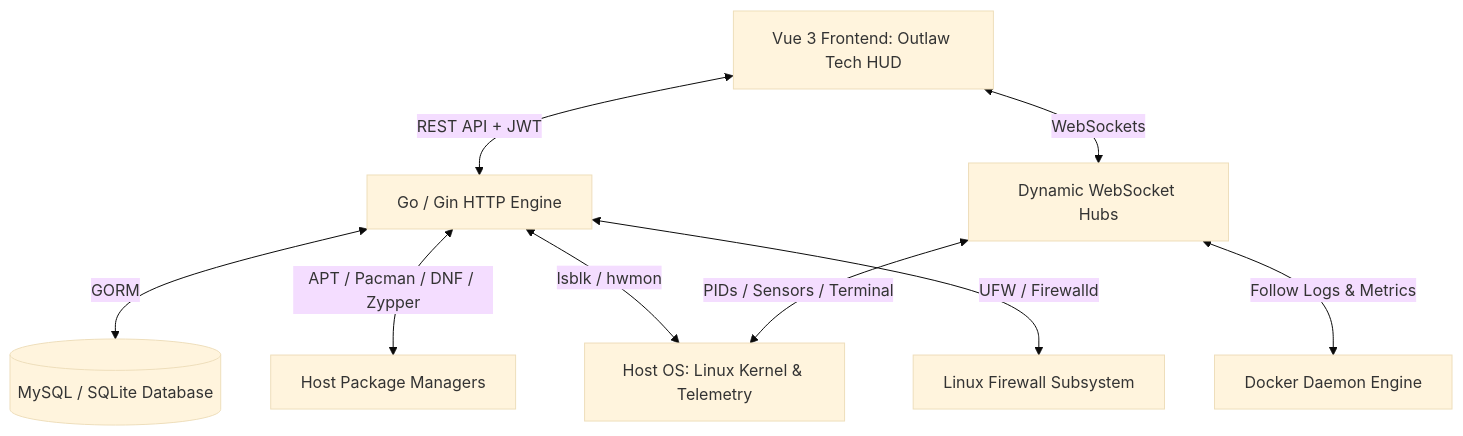
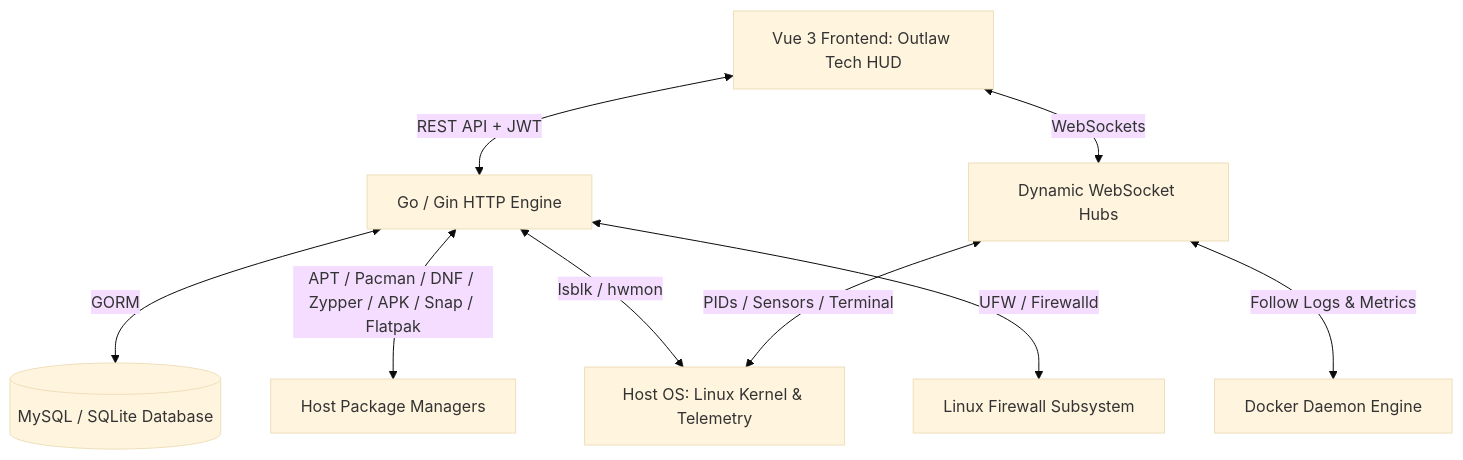
Before and after one commit to Ahmedfargh/black-water-server-manager: the diagram in README.md, drawn with Mermaid (base theme). The commit also changed other lines of this file and 25 other files, not shown here.

````diff
--- a/README.md
+++ b/README.md
@@ -85,11 +147,11 @@
 ```mermaid
 graph TD
     A[Vue 3 Frontend: Outlaw Tech HUD] <-->|REST API + JWT| B[Go / Gin HTTP Engine]
     A <-->|WebSockets| C[Dynamic WebSocket Hubs]
     C <-->|PIDs / Sensors / Terminal| D[Host OS: Linux Kernel & Telemetry]
     C <-->|Follow Logs & Metrics| E[Docker Daemon Engine]
     B <-->|GORM| F[(MySQL / SQLite Database)]
     B <-->|lsblk / hwmon| D
-    B <-->|APT / Pacman / DNF / Zypper| G[Host Package Managers]
+    B <-->|APT / Pacman / DNF / Zypper / APK / Snap / Flatpak| G[Host Package Managers]
     B <-->|UFW / Firewalld| H[Linux Firewall Subsystem]
 ```
````
